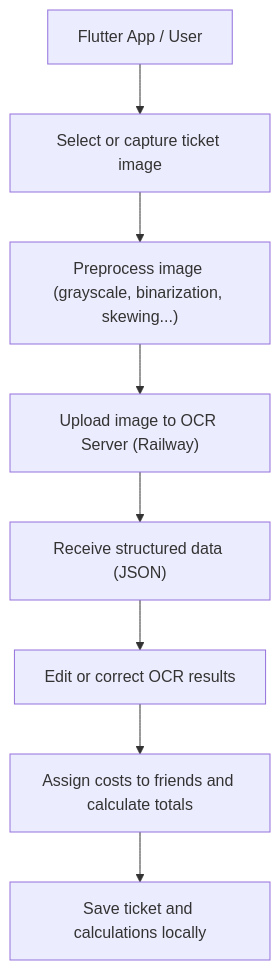
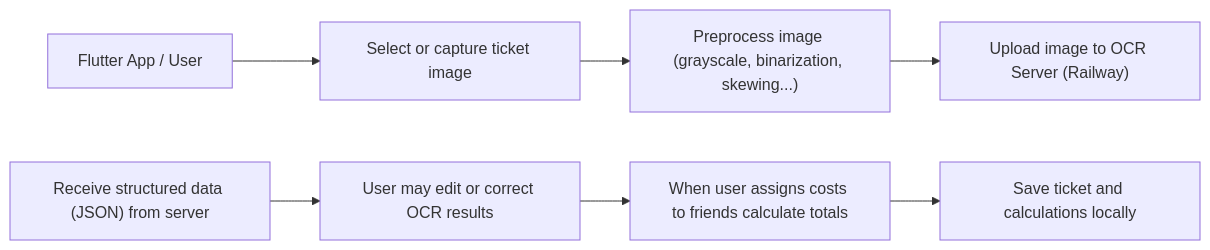
One commit to carlshue/ocr_app changed the diagram in README.md. Above: the diagram before and after it, drawn with Mermaid. The commit also changed other lines of this file, not shown here.

````diff
--- a/README.md
+++ b/README.md
@@ -23,12 +23,12 @@
 ```mermaid
-flowchart TD
+flowchart LR
     A["Flutter App / User"] --> B["Select or capture ticket image"]
     B --> C["Preprocess image (grayscale, binarization, skewing...)"]
     C --> D["Upload image to OCR Server (Railway)"]
-    D --> E["Receive structured data (JSON)"]
-    E --> F["Edit or correct OCR results"]
-    F --> G["Assign costs to friends and calculate totals"]
+
+    E["Receive structured data (JSON) from server"] --> F["User may edit or correct OCR results"]
+    F --> G["When user assigns costs to friends calculate totals"]
     G --> H["Save ticket and calculations locally"]
 
     click D "https://github.com/carlshue/ocr_ticketing" "Go to GitHub repo"
 ```
````
